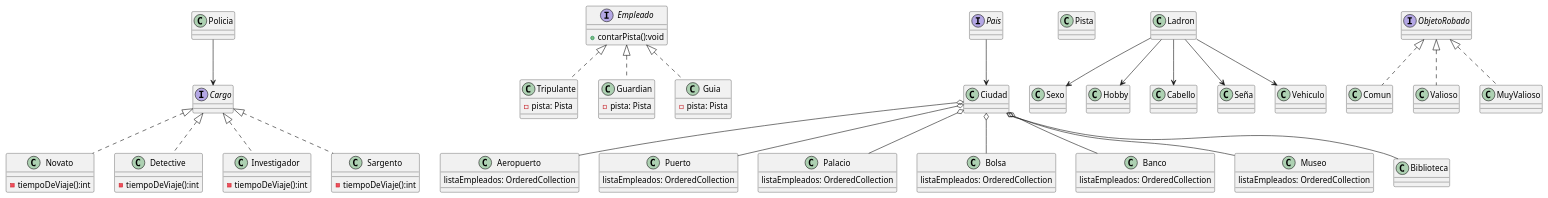
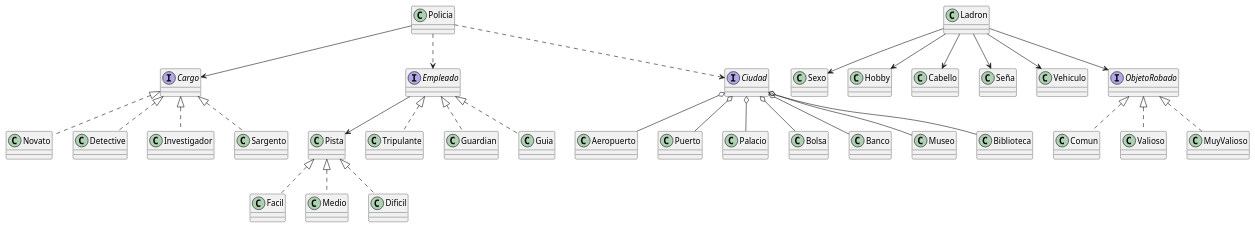
One commit to arilow/Algo3_TP2 changed the diagram in diagrams/classes/AlgoThief_Diagrama_Clase_UML.puml. Above: the diagram before and after it, drawn with PlantUML.

Commit message:
Actualizacion de Diagrama de clases

```diff
--- a/diagrams/classes/AlgoThief_Diagrama_Clase_UML.puml
+++ b/diagrams/classes/AlgoThief_Diagrama_Clase_UML.puml
@@ -1,112 +1,80 @@
 @startuml algoThief
 class Policia{}
+interface Pista{}
+
+class Facil{}
+class Medio{}
+class Dificil{}
+
 
 interface Cargo{}
-class Novato{
-    -tiempoDeViaje():int
-}
-class Detective{
-    -tiempoDeViaje():int
-}
-class Investigador{
-    -tiempoDeViaje():int
-}
-class Sargento{
-    -tiempoDeViaje():int
-}
+class Novato{}
+class Detective{}
+class Investigador{}
+class Sargento{}
 
 
-interface Empleado{
-    +contarPista():void
-}
-class Tripulante{
-    -pista: Pista
-}
-class Guardian{
-    -pista: Pista
-}
-class Guia{
-    -pista: Pista
-}
-interface Pais{
-}
-class Ciudad{
+interface Empleado{}
+class Tripulante{}
+class Guardian{}
+class Guia{}
+interface Ciudad{
 }
 
 class Pista{
 }
 
-class Aeropuerto
-{
-    listaEmpleados: OrderedCollection
-}
-class Puerto
-{
-    listaEmpleados: OrderedCollection
-}
-class Palacio
-{
-    listaEmpleados: OrderedCollection
-}
-class Bolsa
-{
-    listaEmpleados: OrderedCollection
-}
-class Banco
-{
-    listaEmpleados: OrderedCollection
-}
-class Museo
-{
-    listaEmpleados: OrderedCollection
-}
+class Aeropuerto{}
+class Puerto{}
+class Palacio{}
+class Bolsa{}
+class Banco{}
+class Museo{}
 
 Policia --> Cargo
-Pais --> Ciudad
 class Novato implements Cargo
 class Detective implements Cargo
 class Investigador implements Cargo
 class Sargento  implements Cargo
 
 class Tripulante implements Empleado
 class Guardian implements Empleado
 class Guia implements Empleado
 
 Ciudad o-- Aeropuerto
 Ciudad o-- Puerto
 Ciudad o-- Biblioteca
 Ciudad o-- Palacio
 Ciudad o-- Bolsa
 Ciudad o-- Banco
 Ciudad o-- Museo
 
 
-class Ladron{
-
-}
-class Sexo{
-}
+class Ladron{}
+class Sexo{}
 
 
 Ladron --> Sexo
 Ladron --> Hobby
 Ladron --> Cabello
 Ladron --> Seña
 Ladron --> Vehiculo
 
-interface ObjetoRobado
-{
-}
-class Comun
-{
-}
-class Valioso
-{
-}
-class MuyValioso
-{
-}
+interface ObjetoRobado{}
+class Comun{}
+class Valioso{}
+class MuyValioso{}
 class Comun implements ObjetoRobado
 class Valioso implements ObjetoRobado
 class MuyValioso implements ObjetoRobado
+
+class Medio implements Pista
+class Facil implements Pista
+class Dificil implements Pista
+
+Empleado-->Pista
+Policia ..>Ciudad
+Policia ..>Empleado
+Ladron --> ObjetoRobado
+
 @enduml
```
